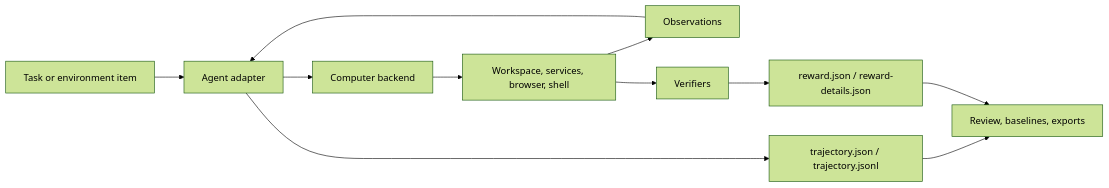
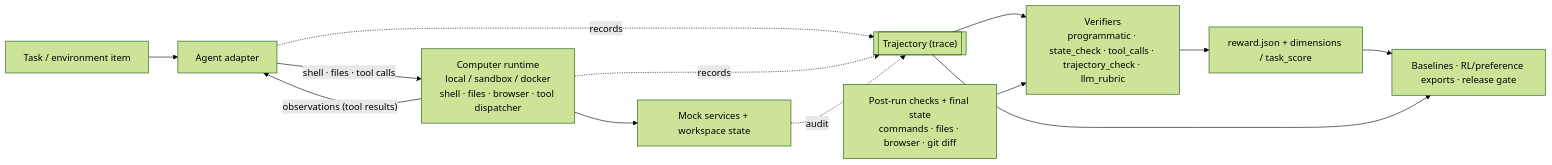
The diagram in README.md (itseffi/agenticevals), drawn with Mermaid (forest theme) before and after one commit.

````diff
--- a/README.md
+++ b/README.md
@@ -13,13 +13,15 @@
 ```mermaid
 flowchart LR
-  Task["Task or environment item"] --> Agent["Agent adapter"]
-  Agent --> Backend["Computer backend"]
-  Backend --> State["Workspace, services, browser, shell"]
-  State --> Obs["Observations"]
-  Obs --> Agent
-  State --> Verifiers["Verifiers"]
-  Agent --> Trajectory["trajectory.json / trajectory.jsonl"]
-  Verifiers --> Reward["reward.json / reward-details.json"]
-  Trajectory --> Review["Review, baselines, exports"]
-  Reward --> Review
+  Task["Task / environment item"] --> Agent["Agent adapter"]
+  Agent -->|"shell · files · tool calls"| Computer["Computer runtime<br/>local / sandbox / docker<br/>shell · files · browser · tool dispatcher"]
+  Computer -->|"observations (tool results)"| Agent
+  Computer --> Svc["Mock services + workspace state"]
+  Agent -. records .-> Traj[["Trajectory (trace)"]]
+  Computer -. records .-> Traj
+  Svc -. audit .-> Traj
+  Traj --> Verif["Verifiers<br/>programmatic · state_check · tool_calls · trajectory_check · llm_rubric"]
+  Checks["Post-run checks + final state<br/>commands · files · browser · git diff"] --> Verif
+  Verif --> Reward["reward.json + dimensions / task_score"]
+  Reward --> Out["Baselines · RL/preference exports · release gate"]
+  Traj --> Out
 ```
````
